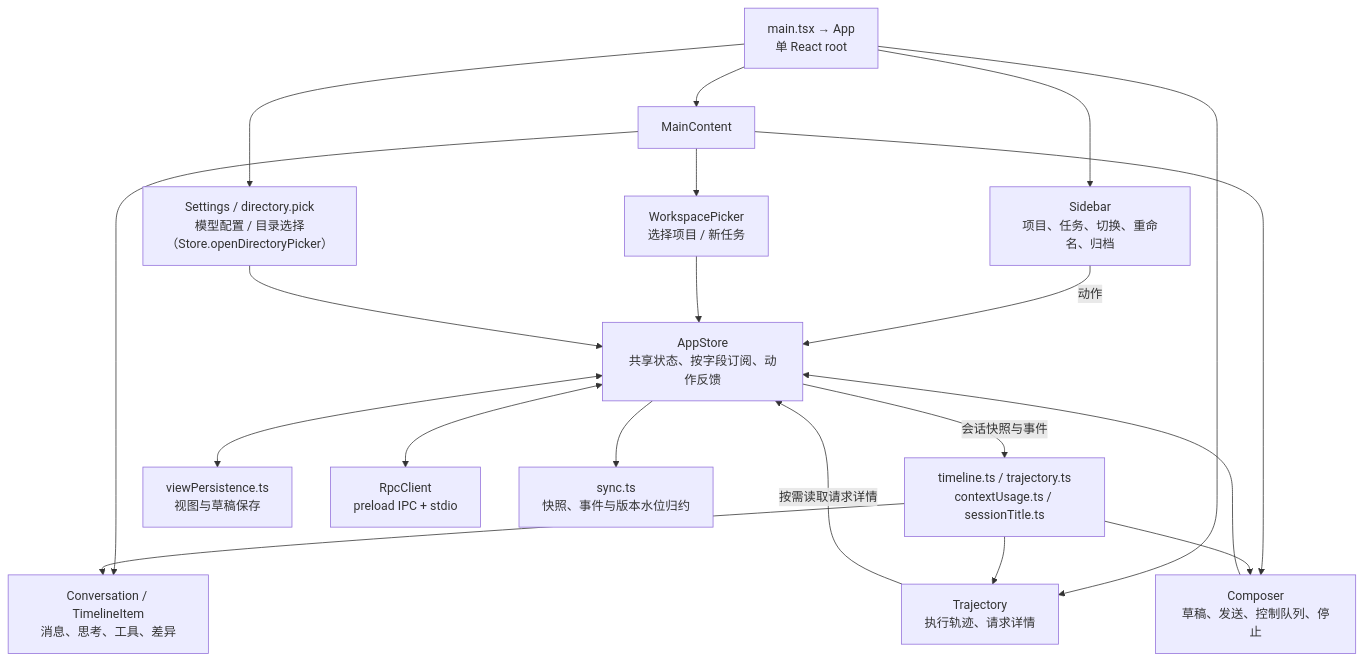
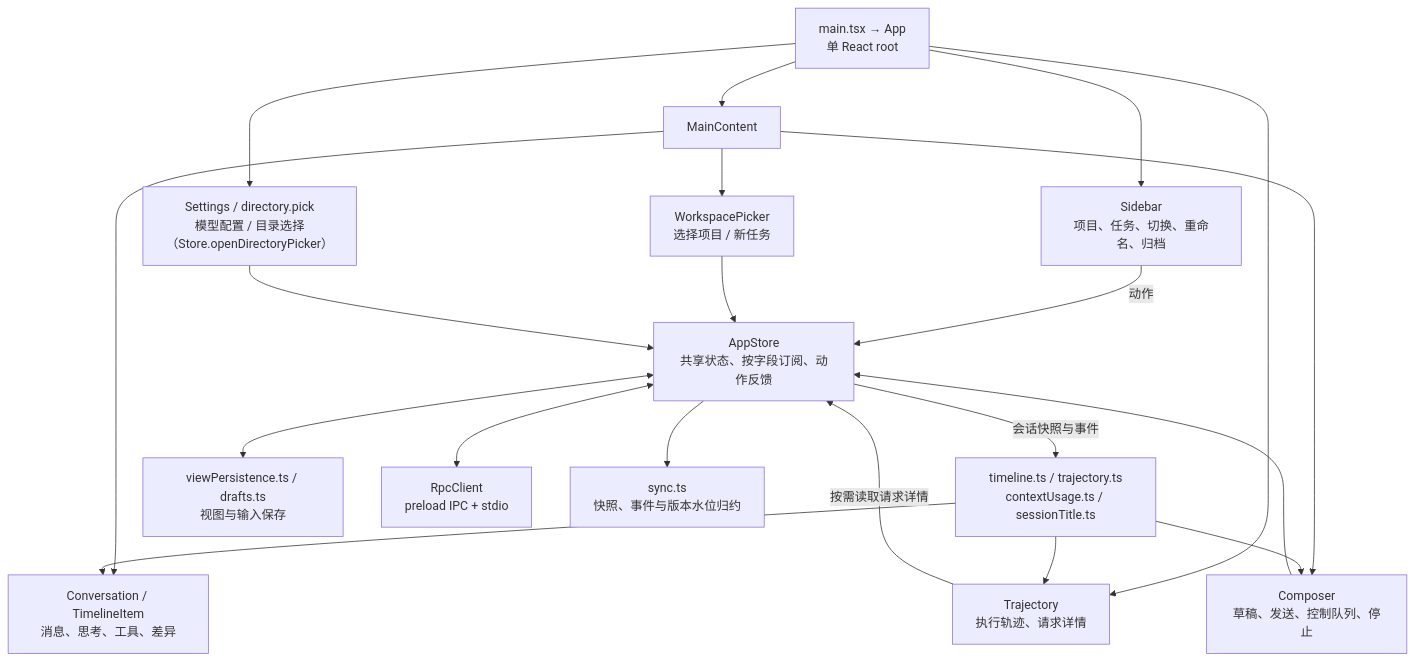
One commit to qjcnmd/singularity-agent changed the seventh of 29 diagrams in docs/architecture.md. Above: the diagram before and after it, drawn with Mermaid. The commit also changed other lines of this file and 67 other files, not shown here.

Commit message:
支持图片输入与读取，显示平均 TTFT

````diff
--- a/docs/architecture.md
+++ b/docs/architecture.md
@@ -192,22 +195,22 @@
 ```mermaid
 flowchart TB
     Root["main.tsx → App<br/>单 React root"] --> Sidebar["Sidebar<br/>项目、任务、切换、重命名、归档"]
     Root --> Main["MainContent"]
     Main --> Workspace["WorkspacePicker<br/>选择项目 / 新任务"]
     Main --> ConversationView["Conversation / TimelineItem<br/>消息、思考、工具、差异"]
     Main --> Composer["Composer<br/>草稿、发送、控制队列、停止"]
     Root --> Trajectory["Trajectory<br/>执行轨迹、请求详情"]
     Root --> Settings["Settings / directory.pick<br/>模型配置 / 目录选择（Store.openDirectoryPicker）"]
     Sidebar -->|"动作"| Store["AppStore<br/>共享状态、按字段订阅、动作反馈"]
     Workspace --> Store
     Composer --> Store
     Settings --> Store
     Trajectory -->|"按需读取请求详情"| Store
     Store -->|"会话快照与事件"| Derived["timeline.ts / trajectory.ts<br/>contextUsage.ts / sessionTitle.ts"]
     Derived --> ConversationView
     Derived --> Trajectory
     Derived --> Composer
-    Store <--> Persistence["viewPersistence.ts<br/>视图与草稿保存"]
+    Store <--> Persistence["viewPersistence.ts / drafts.ts<br/>视图与输入保存"]
     Store <--> Connection["RpcClient<br/>preload IPC + stdio"]
     Store --> Sync["sync.ts<br/>快照、事件与版本水位归约"]
 ```
````
